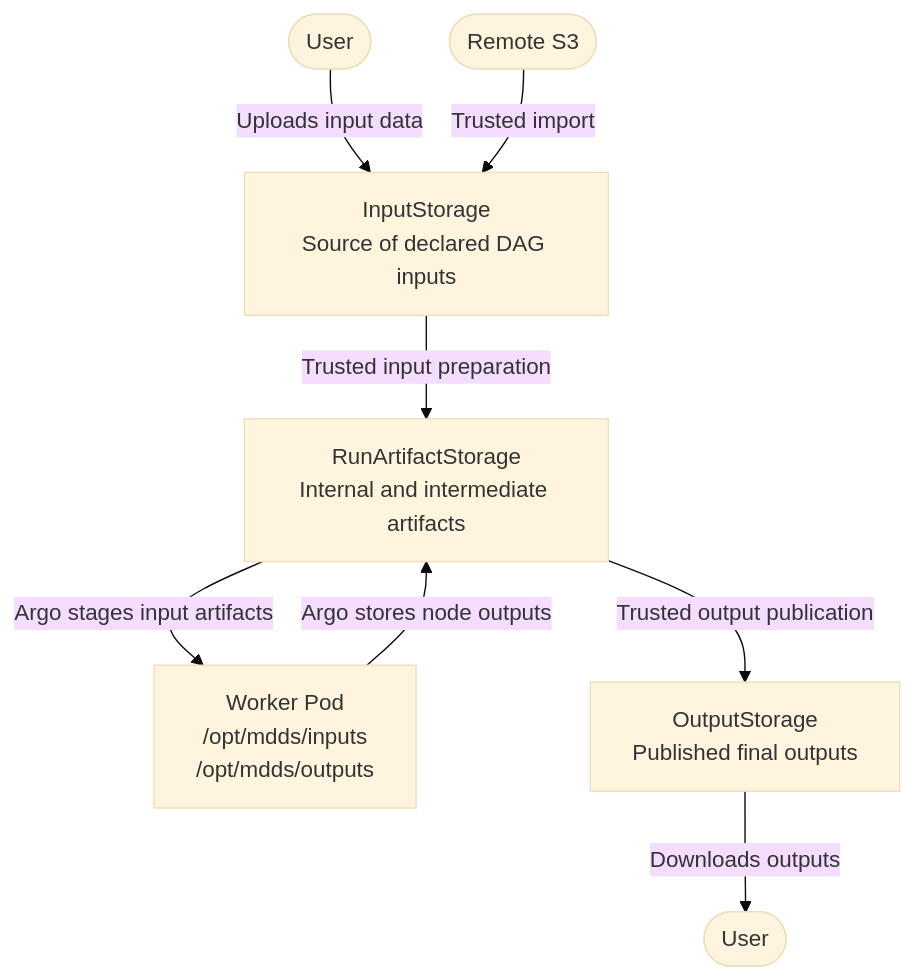
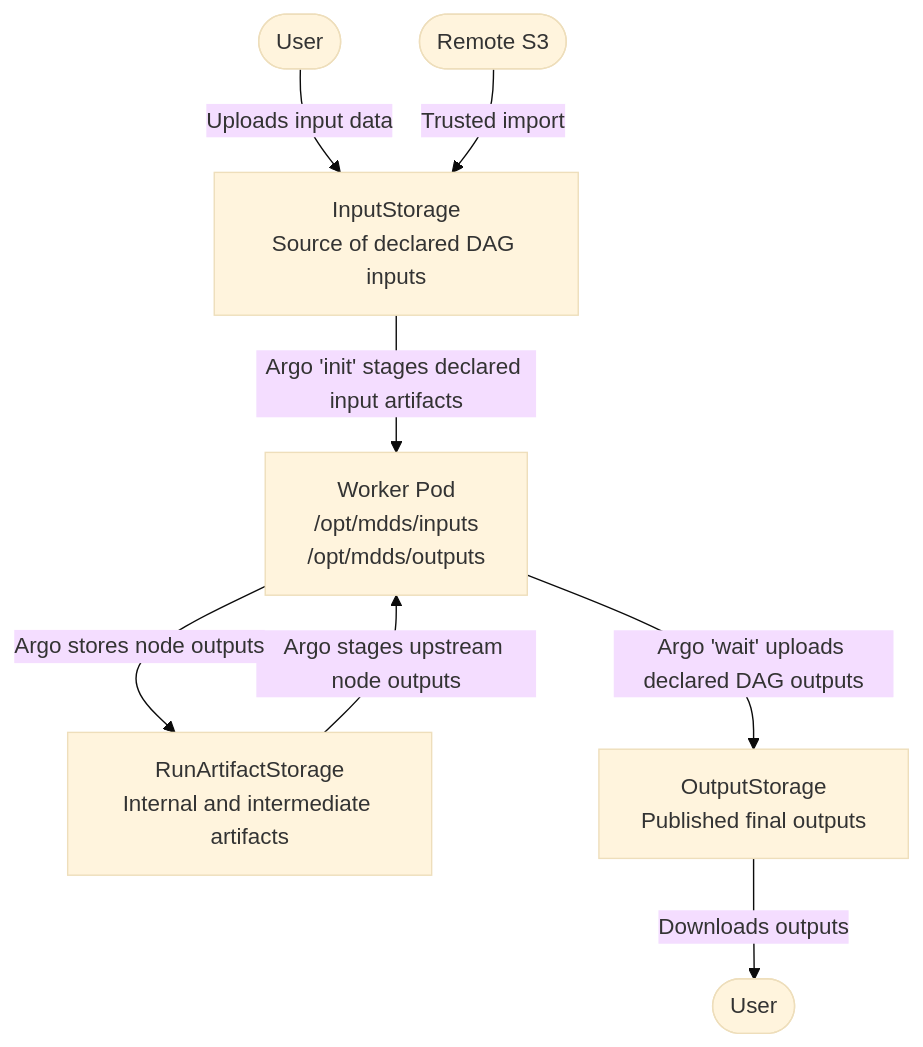
Before and after one commit to oleksiy-sayankin/mdds: the sixth of 7 diagrams in mdds-docs/ARCHITECTURE.md, drawn with Mermaid (base theme). The commit also changed other lines of this file, not shown here.

First line of the commit message:
MDDS-513 Delegate artifact transfers to Argo init and wait containers

````diff
--- a/mdds-docs/ARCHITECTURE.md
+++ b/mdds-docs/ARCHITECTURE.md
@@ -1075,18 +1037,18 @@
 ```mermaid
 flowchart TD
     USER_UPLOAD(["User"])
     REMOTE_S3(["Remote S3"])
     INPUT_STORAGE["InputStorage<br/>Source of declared DAG inputs"]
     WORKER_POD["Worker Pod<br/>/opt/mdds/inputs<br/>/opt/mdds/outputs"]
     RUN_STORAGE["RunArtifactStorage<br/>Internal and intermediate artifacts"]
     OUTPUT_STORAGE["OutputStorage<br/>Published final outputs"]
     USER_DOWNLOAD(["User"])
 
     USER_UPLOAD -->|"Uploads input data"| INPUT_STORAGE
     REMOTE_S3 -->|"Trusted import"| INPUT_STORAGE
-    INPUT_STORAGE -->|"Trusted input preparation"| RUN_STORAGE
-    RUN_STORAGE -->|"Argo stages input artifacts"| WORKER_POD
+    INPUT_STORAGE -->|"Argo 'init' stages declared input artifacts"| WORKER_POD
+    RUN_STORAGE -->|"Argo stages upstream node outputs"| WORKER_POD
     WORKER_POD -->|"Argo stores node outputs"| RUN_STORAGE
-    RUN_STORAGE -->|"Trusted output publication"| OUTPUT_STORAGE
+    WORKER_POD -->|"Argo 'wait' uploads declared DAG outputs"| OUTPUT_STORAGE
     OUTPUT_STORAGE -->|"Downloads outputs"| USER_DOWNLOAD
 ```
````
